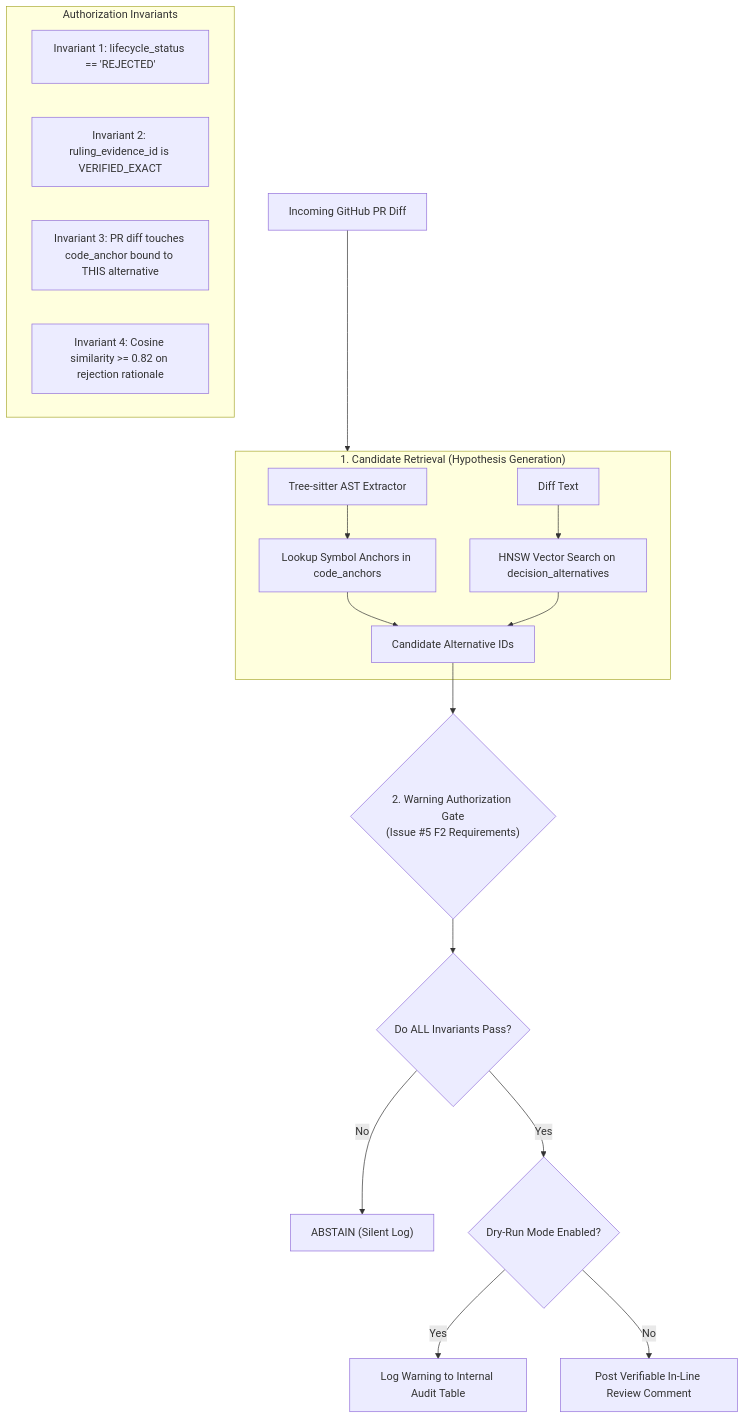
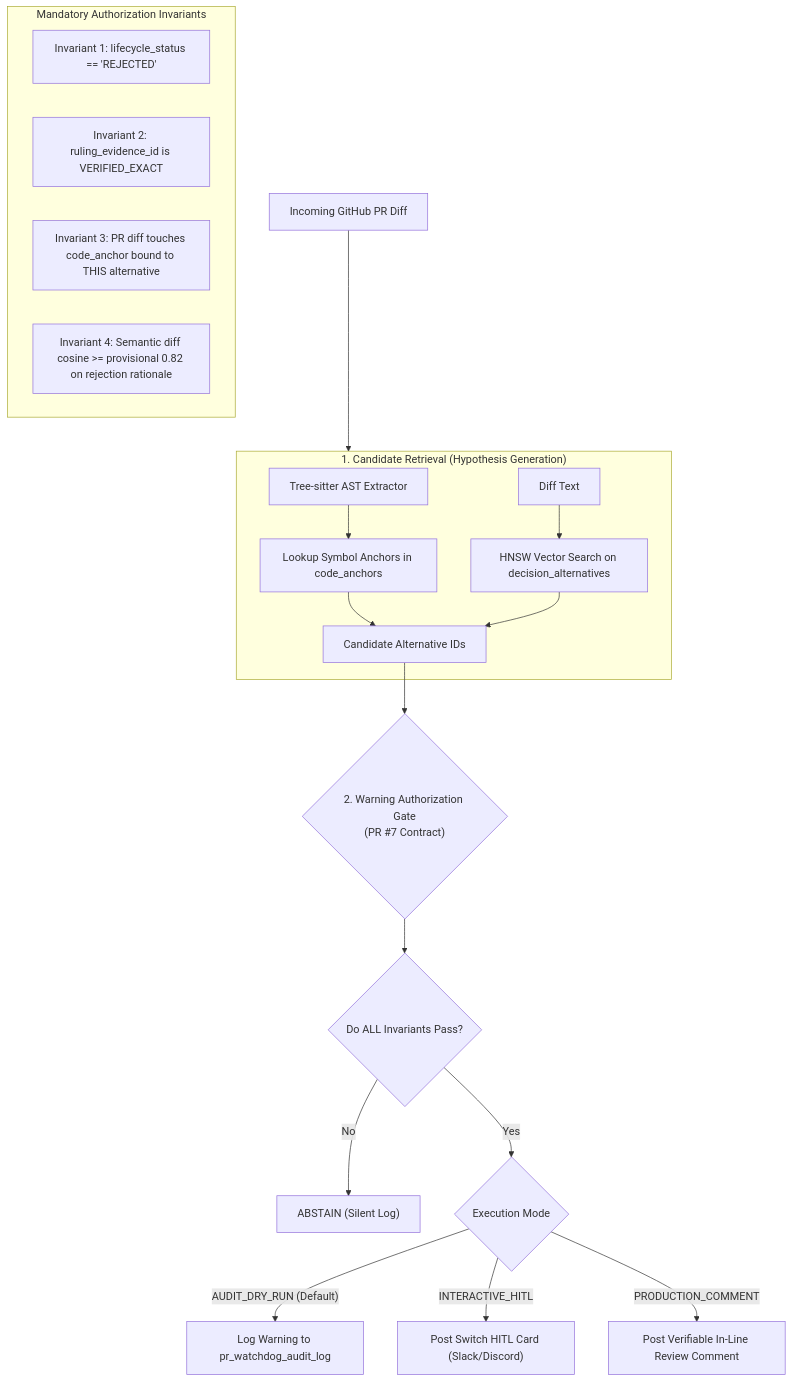
Before and after one commit to MRiARC/biscuit: the second of 2 diagrams in docs/STORAGE_AND_RETRIEVAL.md, drawn with Mermaid. The commit also changed other lines of this file and 3 other files, not shown here.

````diff
--- a/docs/STORAGE_AND_RETRIEVAL.md
+++ b/docs/STORAGE_AND_RETRIEVAL.md
@@ -375,27 +580,28 @@
 ```mermaid
 flowchart TD
     PR["Incoming GitHub PR Diff"] --> CandidateGen
 
     subgraph CandidateGen["1. Candidate Retrieval (Hypothesis Generation)"]
         Tree["Tree-sitter AST Extractor"] --> SymMatch["Lookup Symbol Anchors in code_anchors"]
         DiffHunk["Diff Text"] --> VecSearch["HNSW Vector Search on decision_alternatives"]
         SymMatch --> Candidates["Candidate Alternative IDs"]
         VecSearch --> Candidates
     end
 
-    Candidates --> AuthGate{"2. Warning Authorization Gate<br/>(Issue #5 F2 Requirements)"}
+    Candidates --> AuthGate{"2. Warning Authorization Gate<br/>(PR #7 Contract)"}
 
-    subgraph AuthGateCriteria["Authorization Invariants"]
+    subgraph AuthGateCriteria["Mandatory Authorization Invariants"]
         C1["Invariant 1: lifecycle_status == 'REJECTED'"]
         C2["Invariant 2: ruling_evidence_id is VERIFIED_EXACT"]
         C3["Invariant 3: PR diff touches code_anchor bound to THIS alternative"]
-        C4["Invariant 4: Cosine similarity >= 0.82 on rejection rationale"]
+        C4["Invariant 4: Semantic diff cosine >= provisional 0.82 on rejection rationale"]
     end
 
     AuthGate --> AllPass{"Do ALL Invariants Pass?"}
     AllPass -- No --> Abstain["ABSTAIN (Silent Log)"]
-    AllPass -- Yes --> ModeCheck{"Dry-Run Mode Enabled?"}
+    AllPass -- Yes --> ModeCheck{"Execution Mode"}
     
-    ModeCheck -- Yes --> AuditLog["Log Warning to Internal Audit Table"]
-    ModeCheck -- No --> PostPR["Post Verifiable In-Line Review Comment"]
+    ModeCheck -- "AUDIT_DRY_RUN (Default)" --> AuditLog["Log Warning to pr_watchdog_audit_log"]
+    ModeCheck -- "INTERACTIVE_HITL" --> HITL["Post Switch HITL Card (Slack/Discord)"]
+    ModeCheck -- "PRODUCTION_COMMENT" --> PostPR["Post Verifiable In-Line Review Comment"]
 ```
````
